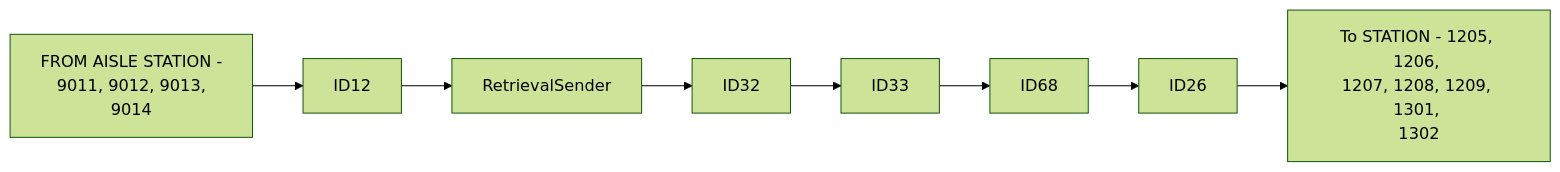
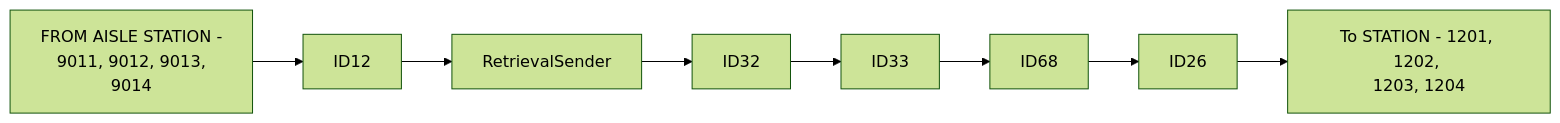
One commit to luthfiadityaa/SimeDarby-Wiki changed the first of 10 diagrams in Basic-Design/DFD-WMS/Retrieval/Planned-Retrieval-to-OP-Area-(PKG).md. Above: the diagram before and after it, drawn with Mermaid (forest theme).

Commit message:
Updated Planned Retrieval to OP Area (PKG)

```diff
--- a/Basic-Design/DFD-WMS/Retrieval/Planned-Retrieval-to-OP-Area-(PKG).md
+++ b/Basic-Design/DFD-WMS/Retrieval/Planned-Retrieval-to-OP-Area-(PKG).md
@@ -11,9 +11,8 @@
 ::: mermaid
 flowchart LR
   
 P1[FROM AISLE STATION - 
 9011, 9012, 9013, 
-9014]-->P21[ID12]-->P2[RetrievalSender]-->P3[ID32]-->P4[ID33]-->P6[ID68]-->P7[ID26]-->P8[To STATION - 1205, 1206, 
-1207, 1208, 1209, 1301, 
-1302] 
+9014]-->P21[ID12]-->P2[RetrievalSender]-->P3[ID32]-->P4[ID33]-->P6[ID68]-->P7[ID26]-->P8[To STATION - 1201, 1202, 
+1203, 1204] 
 :::
```
